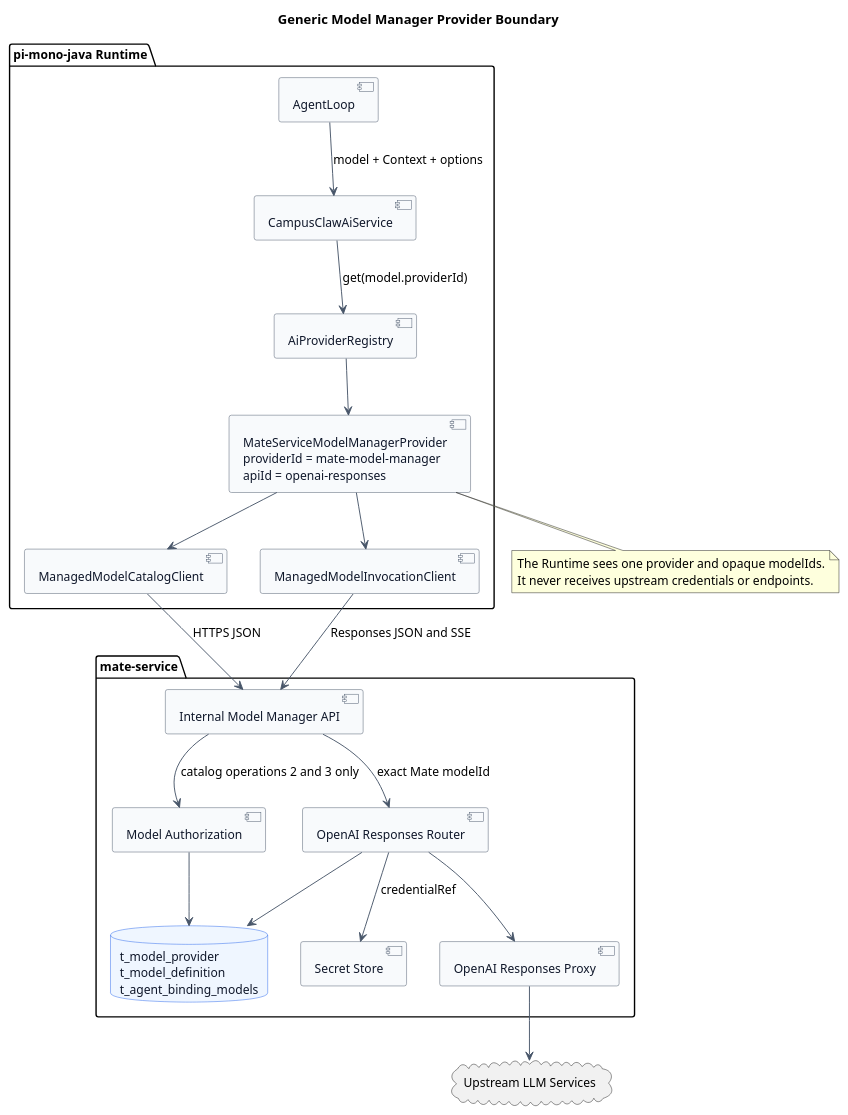
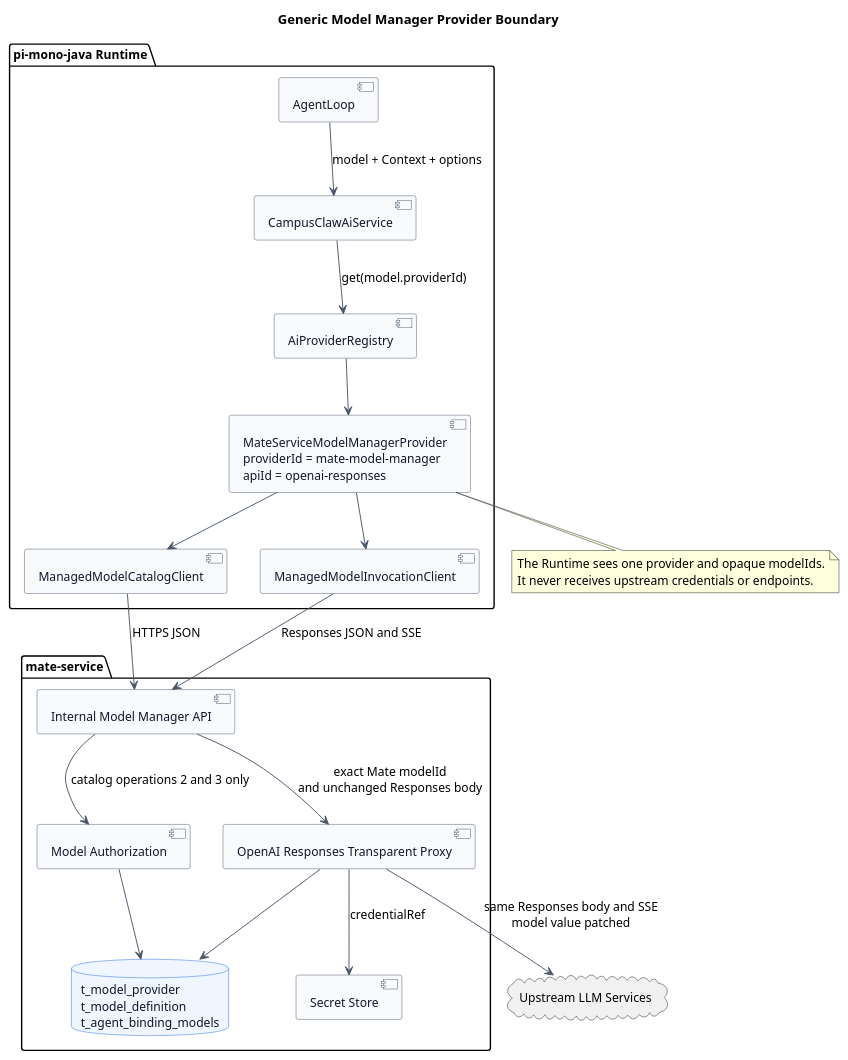
The second of 4 diagrams in model-manager-provider-contract/diagram.puml (ssm0808/pi-mono-java-design), drawn with PlantUML before and after one commit. The commit also changed other lines of this file and 9 other files, not shown here.

Commit message:
docs(model-manager): make Responses proxy transparent

```diff
--- a/model-manager-provider-contract/diagram.puml
+++ b/model-manager-provider-contract/diagram.puml
@@ -73,68 +73,67 @@
 @startuml generic_provider_boundary
 title Generic Model Manager Provider Boundary
 
 ' Source evidence:
 ' pi-mono packages/ai/src/models.ts: ModelsImpl.requireProvider and stream (lines 628-695)
 ' pi-mono packages/ai/src/api/openai-responses.ts: buildParams and stream (lines 99-189 and 273-344)
 ' pi-mono-java modules/ai/src/main/java/com/campusclaw/ai/CampusClawAiService.java: resolveProvider (lines 141-147)
 ' pi-mono-java modules/ai/src/main/java/com/campusclaw/ai/provider/openai/OpenAIResponsesProvider.java: buildParams and handleResponseEvent
 ' mate-service README.md: model gateway gap (line 116)
 ' Architecture change: Java resolves an AiProvider by model.providerId instead of resolving an ApiProvider by model.api.
+' Architecture change: accepted Responses payloads are forwarded without protocol conversion; model is the only body value patched by Mate.
 ' Security hardening: upstream endpoints, credentials, provider ids, and vendor model ids remain inside mate-service.
 
 skinparam backgroundColor #FFFFFF
 skinparam shadowing false
 skinparam defaultFontName Arial
 skinparam defaultFontSize 13
 skinparam component {
   BackgroundColor #F8FAFC
   BorderColor #475569
   FontColor #0F172A
 }
 skinparam database {
   BackgroundColor #EFF6FF
   BorderColor #2563EB
   FontColor #0F172A
 }
 skinparam ArrowColor #475569
 
 package "pi-mono-java Runtime" {
   [AgentLoop] as Loop
   [CampusClawAiService] as AiService
   [AiProviderRegistry] as Registry
   [MateServiceModelManagerProvider\nproviderId = mate-model-manager\napiId = openai-responses] as GenericProvider
   [ManagedModelCatalogClient] as CatalogClient
   [ManagedModelInvocationClient] as InvocationClient
 }
 
 package "mate-service" {
   [Internal Model Manager API] as ManagerApi
   [Model Authorization] as Authorization
-  [OpenAI Responses Router] as Router
+  [OpenAI Responses Transparent Proxy] as Router
   database "t_model_provider\nt_model_definition\nt_agent_binding_models" as Catalog
   [Secret Store] as Secrets
-  [OpenAI Responses Proxy] as Adapters
 }
 
 cloud "Upstream LLM Services" as Vendors
 
 Loop --> AiService : model + Context + options
 AiService --> Registry : get(model.providerId)
 Registry --> GenericProvider
 GenericProvider --> CatalogClient
 GenericProvider --> InvocationClient
 CatalogClient --> ManagerApi : HTTPS JSON
 InvocationClient --> ManagerApi : Responses JSON and SSE
 ManagerApi --> Authorization : catalog operations 2 and 3 only
 Authorization --> Catalog
-ManagerApi --> Router : exact Mate modelId
+ManagerApi --> Router : exact Mate modelId\nand unchanged Responses body
 Router --> Catalog
 Router --> Secrets : credentialRef
-Router --> Adapters
-Adapters --> Vendors
+Router --> Vendors : same Responses body and SSE\nmodel value patched
 
 note bottom of GenericProvider
 The Runtime sees one provider and opaque modelIds.
 It never receives upstream credentials or endpoints.
 end note
 @enduml
```
